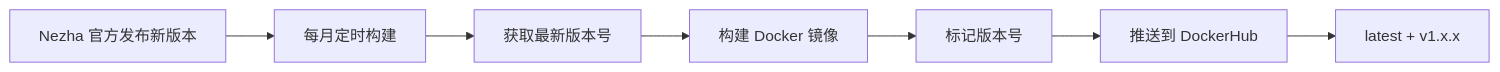
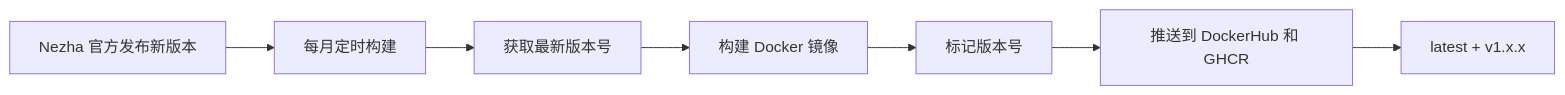
The diagram in VERSION_SYNC.md (whoerau/nezha-v2), drawn with Mermaid before and after one commit. The commit also changed other lines of this file and 4 other files, not shown here.

````diff
--- a/VERSION_SYNC.md
+++ b/VERSION_SYNC.md
@@ -103,9 +110,9 @@
 ```mermaid
 graph LR
     A[Nezha 官方发布新版本] --> B[每月定时构建]
     B --> C[获取最新版本号]
     C --> D[构建 Docker 镜像]
     D --> E[标记版本号]
-    E --> F[推送到 DockerHub]
+    E --> F[推送到 DockerHub 和 GHCR]
     F --> G[latest + v1.x.x]
 ```
````
